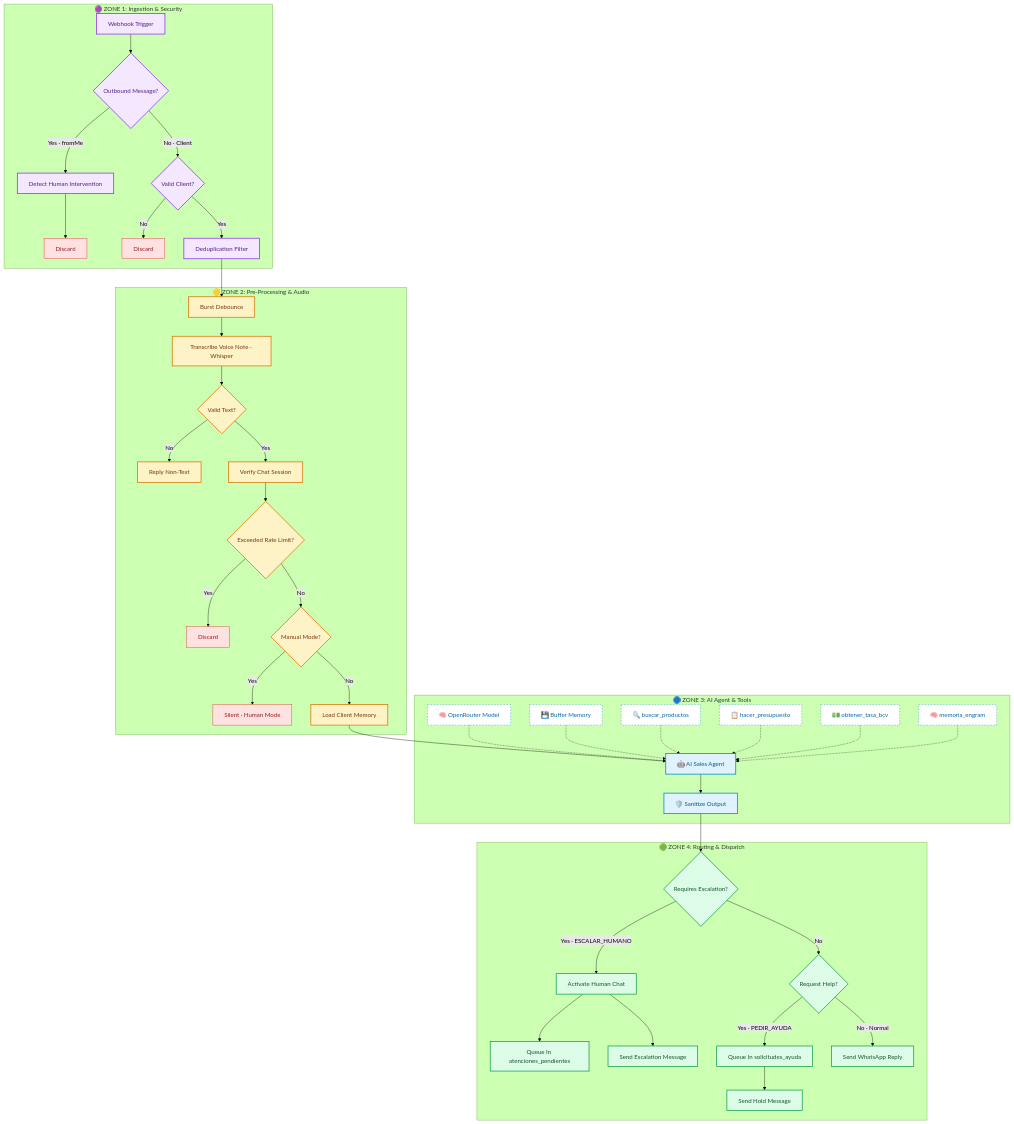
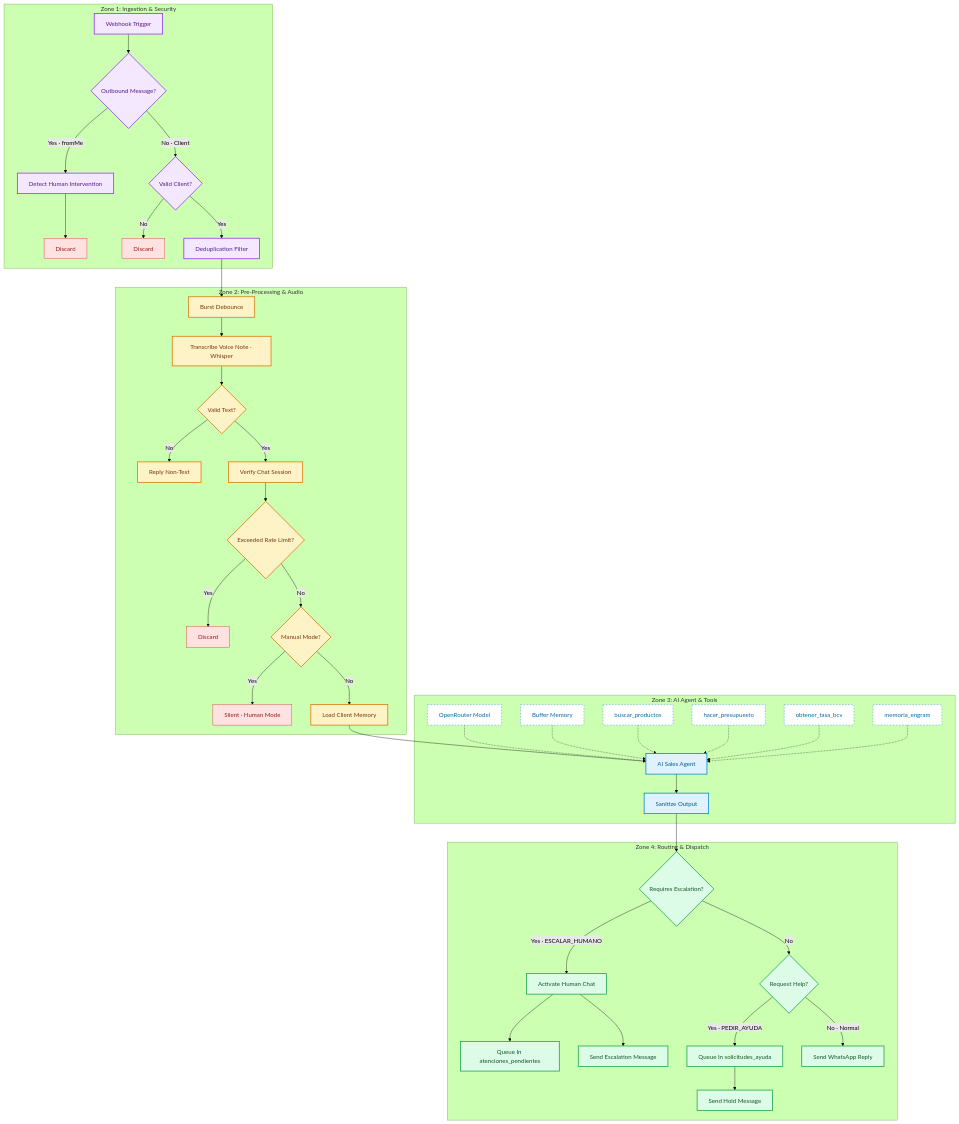
The second of 2 diagrams in README.md (Gus2708/whatsapp-agent), drawn with Mermaid (forest theme) before and after one commit. The commit also changed other lines of this file and 1 other file, not shown here.

````diff
--- a/README.md
+++ b/README.md
@@ -121,54 +89,54 @@
 ```mermaid
 flowchart TD
     classDef z1 fill:#f3e8ff,stroke:#9333ea,stroke-width:2px,color:#581c87;
     classDef z2 fill:#fef3c7,stroke:#d97706,stroke-width:2px,color:#78350f;
     classDef z3 fill:#e0f2fe,stroke:#0284c7,stroke-width:2px,color:#075985;
     classDef z4 fill:#dcfce7,stroke:#16a34a,stroke-width:2px,color:#14532d;
     classDef tool fill:#ffffff,stroke:#0284c7,stroke-dasharray: 4 4,color:#0369a1;
     classDef drop fill:#fee2e2,stroke:#dc2626,stroke-width:1px,color:#991b1b;
 
-    subgraph ZONA1["🟣 ZONE 1: Ingestion & Security"]
+    subgraph ZONE1["Zone 1: Ingestion & Security"]
         W[Webhook Trigger]:::z1 --> S{Outbound Message?}:::z1
         S -->|Yes · fromMe| DH[Detect Human Intervention]:::z1 --> D1[Discard]:::drop
         S -->|No · Client| CR{Valid Client?}:::z1
         CR -->|No| D2[Discard]:::drop
         CR -->|Yes| AD[Deduplication Filter]:::z1
     end
 
-    subgraph ZONA2["🟡 ZONE 2: Pre-Processing & Audio"]
+    subgraph ZONE2["Zone 2: Pre-Processing & Audio"]
         AD --> DB[Burst Debounce]:::z2
         DB --> WH[Transcribe Voice Note · Whisper]:::z2
         WH --> TXT{Valid Text?}:::z2
         TXT -->|No| RNT[Reply Non-Text]:::z2
         TXT -->|Yes| CS[Verify Chat Session]:::z2
         CS --> RL{Exceeded Rate Limit?}:::z2
         RL -->|Yes| RLD[Discard]:::drop
         RL -->|No| MH{Manual Mode?}:::z2
         MH -->|Yes| MHA[Silent · Human Mode]:::drop
         MH -->|No| CM[Load Client Memory]:::z2
     end
 
-    subgraph ZONA3["🔵 ZONE 3: AI Agent & Tools"]
-        CM --> AGENT["🤖 AI Sales Agent"]:::z3
-        
-        MODEL["🧠 OpenRouter Model"]:::tool -.-> AGENT
-        MEM["💾 Buffer Memory"]:::tool -.-> AGENT
-        T1["🔍 buscar_productos"]:::tool -.-> AGENT
-        T2["📋 hacer_presupuesto"]:::tool -.-> AGENT
-        T3["💵 obtener_tasa_bcv"]:::tool -.-> AGENT
-        T4["🧠 memoria_engram"]:::tool -.-> AGENT
-        
-        AGENT --> SAN["🛡️ Sanitize Output"]:::z3
+    subgraph ZONE3["Zone 3: AI Agent & Tools"]
+        CM --> AGENT["AI Sales Agent"]:::z3
+
+        MODEL["OpenRouter Model"]:::tool -.-> AGENT
+        MEM["Buffer Memory"]:::tool -.-> AGENT
+        T1["buscar_productos"]:::tool -.-> AGENT
+        T2["hacer_presupuesto"]:::tool -.-> AGENT
+        T3["obtener_tasa_bcv"]:::tool -.-> AGENT
+        T4["memoria_engram"]:::tool -.-> AGENT
+
+        AGENT --> SAN["Sanitize Output"]:::z3
     end
 
-    subgraph ZONA4["🟢 ZONE 4: Routing & Dispatch"]
+    subgraph ZONE4["Zone 4: Routing & Dispatch"]
         SAN --> ESC{Requires Escalation?}:::z4
         ESC -->|Yes · ESCALAR_HUMANO| MAN[Activate Human Chat]:::z4
         MAN --> AP[Queue In atenciones_pendientes]:::z4
         MAN --> WA_ESC[Send Escalation Message]:::z4
-        
+
         ESC -->|No| AYU{Request Help?}:::z4
         AYU -->|Yes · PEDIR_AYUDA| SA[Queue In solicitudes_ayuda]:::z4 --> WA_AYU[Send Hold Message]:::z4
         AYU -->|No · Normal| WA_RESP[Send WhatsApp Reply]:::z4
     end
 ```
````
